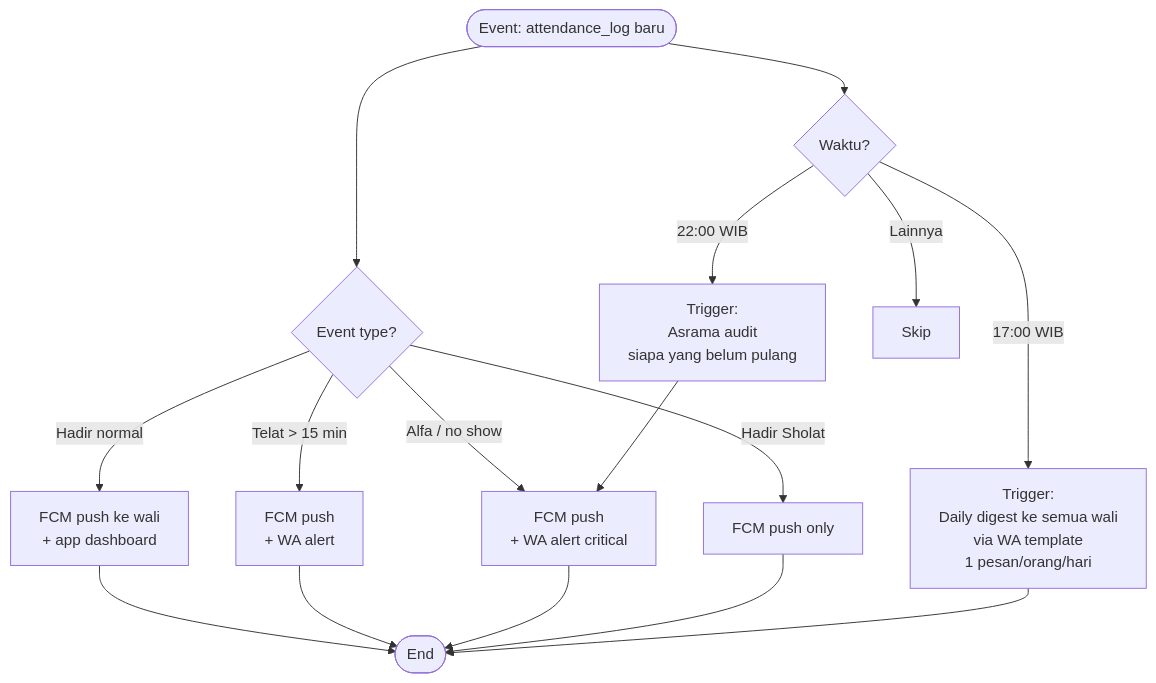
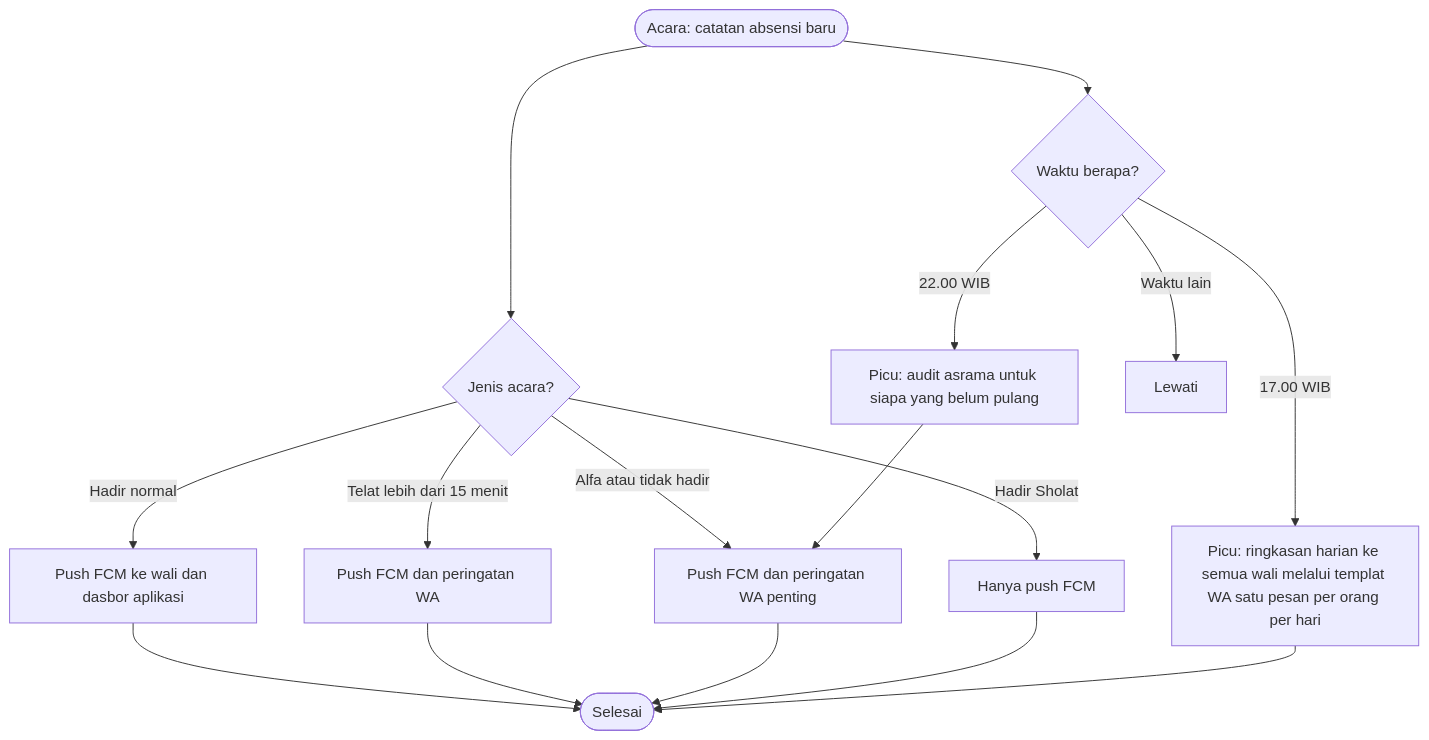
The fifth of 6 diagrams in 20-Projects/01-absensi-finger/02-SYSTEM-DIAGRAMS.md (RaiKanaeru/ai-agents-vault), drawn with Mermaid before and after one commit. The commit also changed other lines of this file and 41 other files, not shown here.

First line of the commit message:
feat(absensi-finger): lokalisasi ID penuh + 4 konsep lengkap per-skema

````diff
--- a/20-Projects/01-absensi-finger/02-SYSTEM-DIAGRAMS.md
+++ b/20-Projects/01-absensi-finger/02-SYSTEM-DIAGRAMS.md
@@ -186,21 +186,21 @@
 ```mermaid
 flowchart TD
-    Start([Event: attendance_log baru])
-    Start --> Q1{Event type?}
-    Q1 -->|"Hadir normal"| Path1["FCM push ke wali<br/>+ app dashboard"]
-    Q1 -->|"Telat > 15 min"| Path2["FCM push<br/>+ WA alert"]
-    Q1 -->|"Alfa / no show"| Path3["FCM push<br/>+ WA alert critical"]
-    Q1 -->|"Hadir Sholat"| Path4["FCM push only"]
+    Mulai([Acara: catatan absensi baru])
+    Mulai --> P1{Jenis acara?}
+    P1 -->|"Hadir normal"| Jalur1["Push FCM ke wali dan dasbor aplikasi"]
+    P1 -->|"Telat lebih dari 15 menit"| Jalur2["Push FCM dan peringatan WA"]
+    P1 -->|"Alfa atau tidak hadir"| Jalur3["Push FCM dan peringatan WA penting"]
+    P1 -->|"Hadir Sholat"| Jalur4["Hanya push FCM"]
 
-    Path1 --> End([End])
-    Path2 --> End
-    Path3 --> End
-    Path4 --> End
+    Jalur1 --> Selesai([Selesai])
+    Jalur2 --> Selesai
+    Jalur3 --> Selesai
+    Jalur4 --> Selesai
 
-    Start --> Q2{Waktu?}
-    Q2 -->|17:00 WIB| Digest[Trigger:<br/>Daily digest ke semua wali<br/>via WA template<br/>1 pesan/orang/hari]
-    Q2 -->|22:00 WIB| NightAudit[Trigger:<br/>Asrama audit<br/>siapa yang belum pulang]
-    Q2 -->|Lainnya| Skip[Skip]
-    Digest --> End
-    NightAudit --> Path3
+    Mulai --> P2{Waktu berapa?}
+    P2 -->|"17.00 WIB"| Ringkasan[Picu: ringkasan harian ke semua wali melalui templat WA satu pesan per orang per hari]
+    P2 -->|"22.00 WIB"| AuditMalam[Picu: audit asrama untuk siapa yang belum pulang]
+    P2 -->|"Waktu lain"| Lewati[Lewati]
+    Ringkasan --> Selesai
+    AuditMalam --> Jalur3
 ```
````
